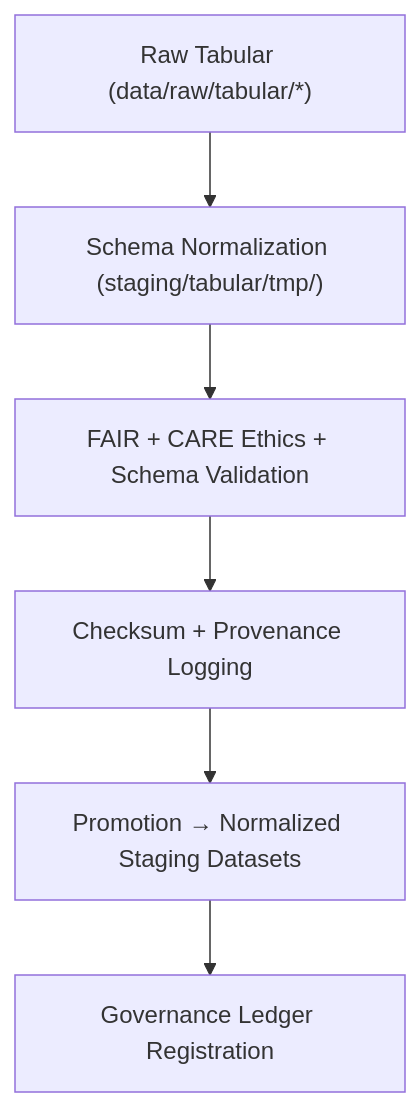
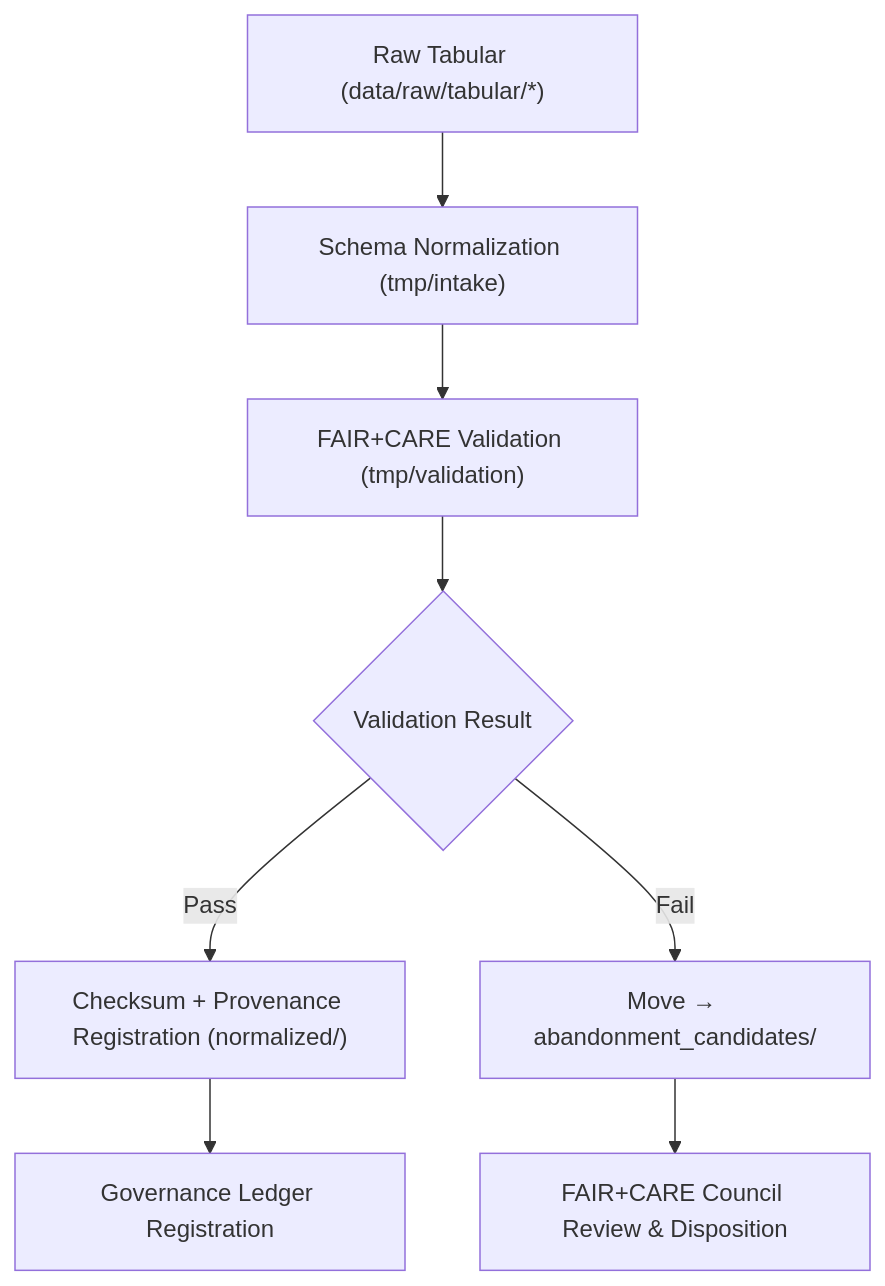
One commit to bartytime4life/Kansas-Frontier-Matrix changed the diagram in data/work/staging/tabular/README.md. Above: the diagram before and after it, drawn with Mermaid. The commit also changed other lines of this file, not shown here.

First line of the commit message:
Upgrade README for v9.9.0 with governance updates

````diff
--- a/data/work/staging/tabular/README.md
+++ b/data/work/staging/tabular/README.md
@@ -73,8 +83,10 @@
 ```mermaid
 flowchart TD
-    A["Raw Tabular (data/raw/tabular/*)"] --> B["Schema Normalization (staging/tabular/tmp/)"]
-    B --> C["FAIR + CARE Ethics + Schema Validation"]
-    C --> D["Checksum + Provenance Logging"]
-    D --> E["Promotion → Normalized Staging Datasets"]
-    E --> F["Governance Ledger Registration"]
+  A["Raw Tabular (data/raw/tabular/*)"] --> B["Schema Normalization (tmp/intake)"]
+  B --> C["FAIR+CARE Validation (tmp/validation)"]
+  C --> D{"Validation Result"}
+  D -->|Pass| E["Checksum + Provenance Registration (normalized/)"]
+  D -->|Fail| F["Move → abandonment_candidates/"]
+  E --> G["Governance Ledger Registration"]
+  F --> H["FAIR+CARE Council Review & Disposition"]
 ```
````
